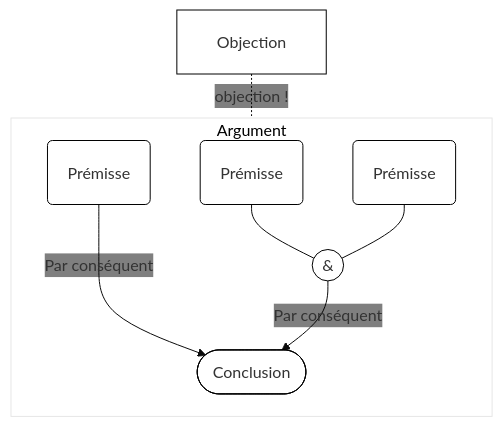
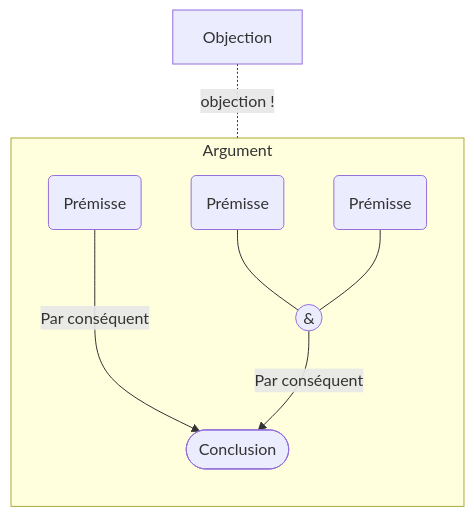
One commit to eyssette/arguments changed the diagram in README.md. Above: the diagram before and after it, drawn with Mermaid.

````diff
--- a/README.md
+++ b/README.md
@@ -11,16 +11,15 @@
 ```mermaid
-%%{init: {"theme":"base","themeCSS": "#Argument rect{stroke:transparent; fill:#e5e5e5} #Argument span {color:transparent} .edgeLabel{color:#888; font-size:0.9em; margin-right:3px} .edge-pattern-dotted{stroke:crimson} .edge-pattern-solid{stroke:green} #flowchart-pointEnd{fill:green}  g[id*=\"O\"] *{stroke:crimson!important; font-size:0.95em} circle+g span{color:white; } circle{fill:green!important} g[id*=\"C\"] * {fill:black;color:white;font-weight:bold}","themeVariables":{"secondaryColor":"transparent","primaryColor":"white","primaryBorderColor":"black"},"flowchart":{"htmlLabels":true,"padding":20,"rankSpacing":20}} }%%
 flowchart TB
     subgraph Argument
     direction TB
     1("Prémisse")
     1 --->|Par conséquent|C    
     2("Prémisse")
     3("Prémisse")
     2 & 3 --- PL1((&))
     PL1 -->|Par conséquent|C
     C(["Conclusion"])
     end
     O1["Objection"]
     O1-.-|objection !|3
 ```
````
